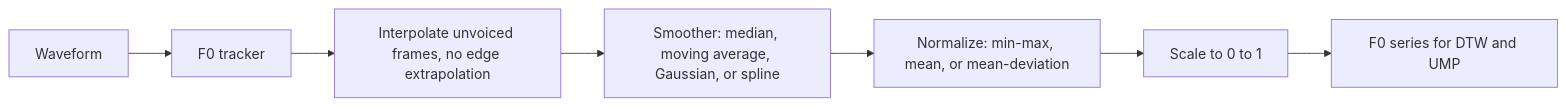
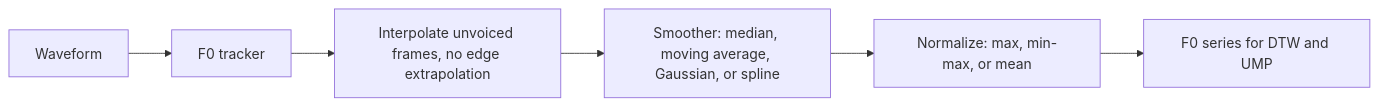
The fourth of 9 diagrams in docs/data_flow_en.md (zhitko/singing-lessons-trainer), drawn with Mermaid before and after one commit. The commit also changed other lines of this file and 6 other files, not shown here.

````diff
--- a/docs/data_flow_en.md
+++ b/docs/data_flow_en.md
@@ -106,9 +106,8 @@
 ```mermaid
 flowchart LR
     Sig["Waveform"] --> Track["F0 tracker"]
     Track --> Gaps["Interpolate unvoiced frames, no edge extrapolation"]
     Gaps --> Smooth["Smoother: median, moving average, Gaussian, or spline"]
-    Smooth --> Norm["Normalize: min-max, mean, or mean-deviation"]
-    Norm --> Scale["Scale to 0 to 1"]
-    Scale --> Out["F0 series for DTW and UMP"]
+    Smooth --> Norm["Normalize: max, min-max, or mean"]
+    Norm --> Out["F0 series for DTW and UMP"]
 ```
````
